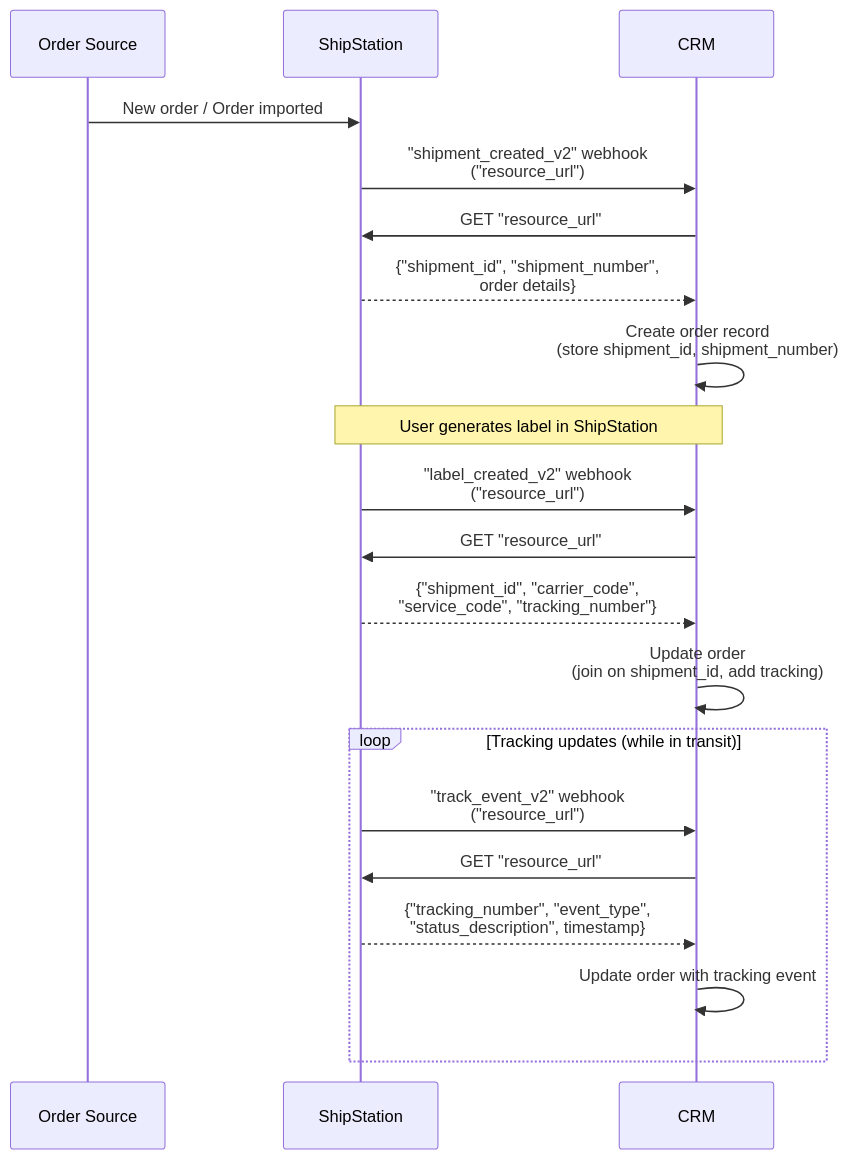
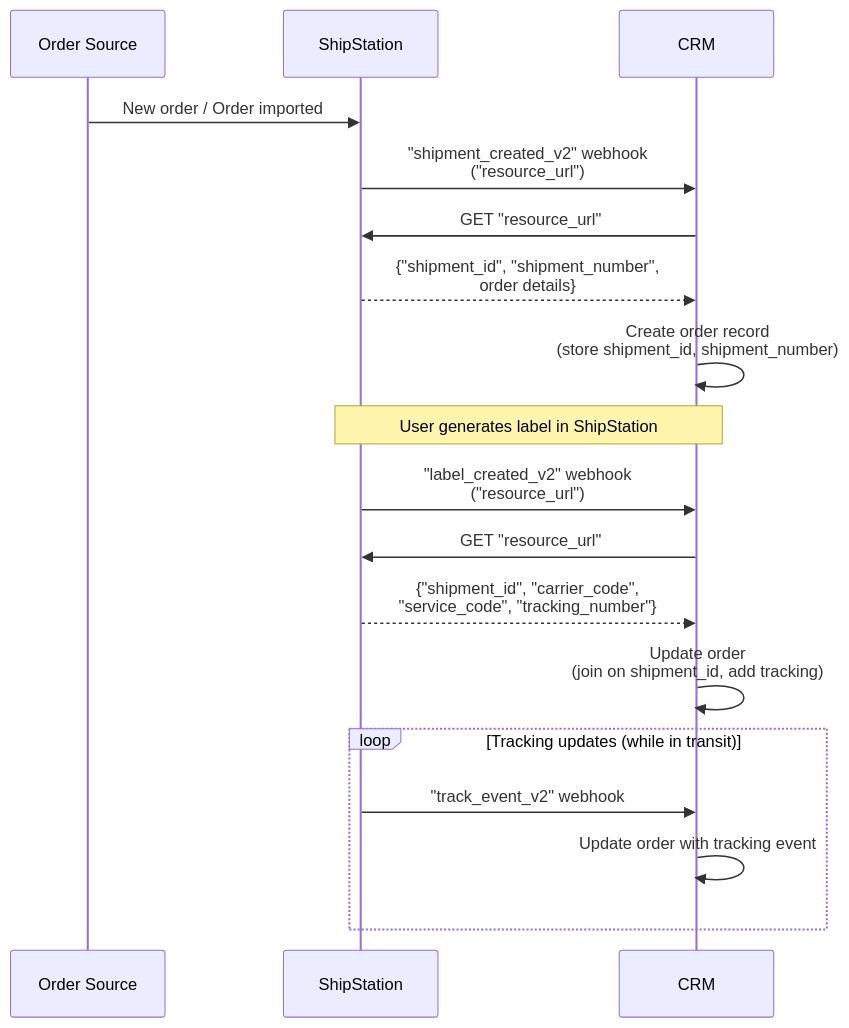
One commit to pmcgee-personal/shipstation-integration-toolkit changed the diagram in patterns/order lifecycle/crm-sync.md. Above: the diagram before and after it, drawn with Mermaid. The commit also changed other lines of this file, not shown here.

Commit message:
update: crm-sync reference links

````diff
--- a/patterns/order lifecycle/crm-sync.md
+++ b/patterns/order lifecycle/crm-sync.md
@@ -9,25 +9,23 @@
 ```mermaid
 sequenceDiagram
     participant Store as Order Source
     participant SS as ShipStation
     participant CRM as CRM
 
     Store->>SS: New order / Order imported
     SS->>CRM: "shipment_created_v2" webhook<br/>("resource_url")
     CRM->>SS: GET "resource_url"
     SS-->>CRM: {"shipment_id", "shipment_number",<br/>order details}
     CRM->>CRM: Create order record<br/>(store shipment_id, shipment_number)
 
     Note over SS,CRM: User generates label in ShipStation
     SS->>CRM: "label_created_v2" webhook<br/>("resource_url")
     CRM->>SS: GET "resource_url"
     SS-->>CRM: {"shipment_id", "carrier_code",<br/>"service_code", "tracking_number"}
     CRM->>CRM: Update order<br/>(join on shipment_id, add tracking)
 
     loop Tracking updates (while in transit)
-        SS->>CRM: "track_event_v2" webhook<br/>("resource_url")
-        CRM->>SS: GET "resource_url"
-        SS-->>CRM: {"tracking_number", "event_type",<br/>"status_description", timestamp}
+        SS->>CRM: "track_event_v2" webhook
         CRM->>CRM: Update order with tracking event
     end
 ```
````
